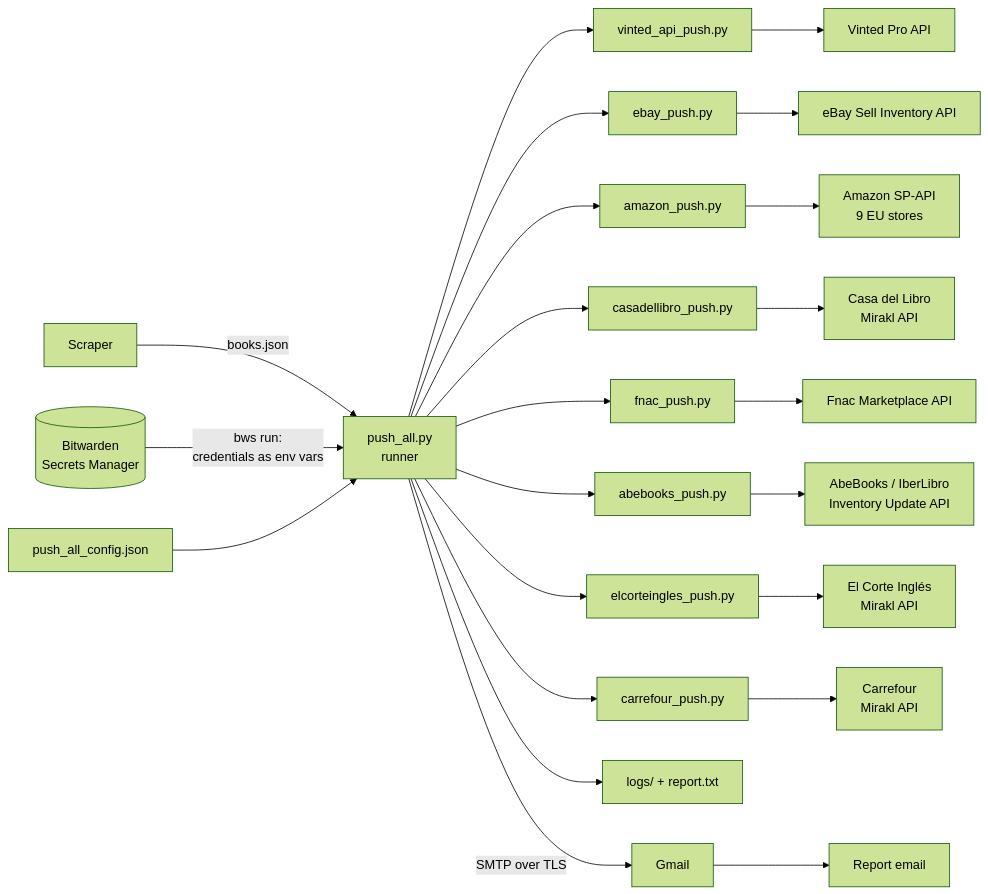
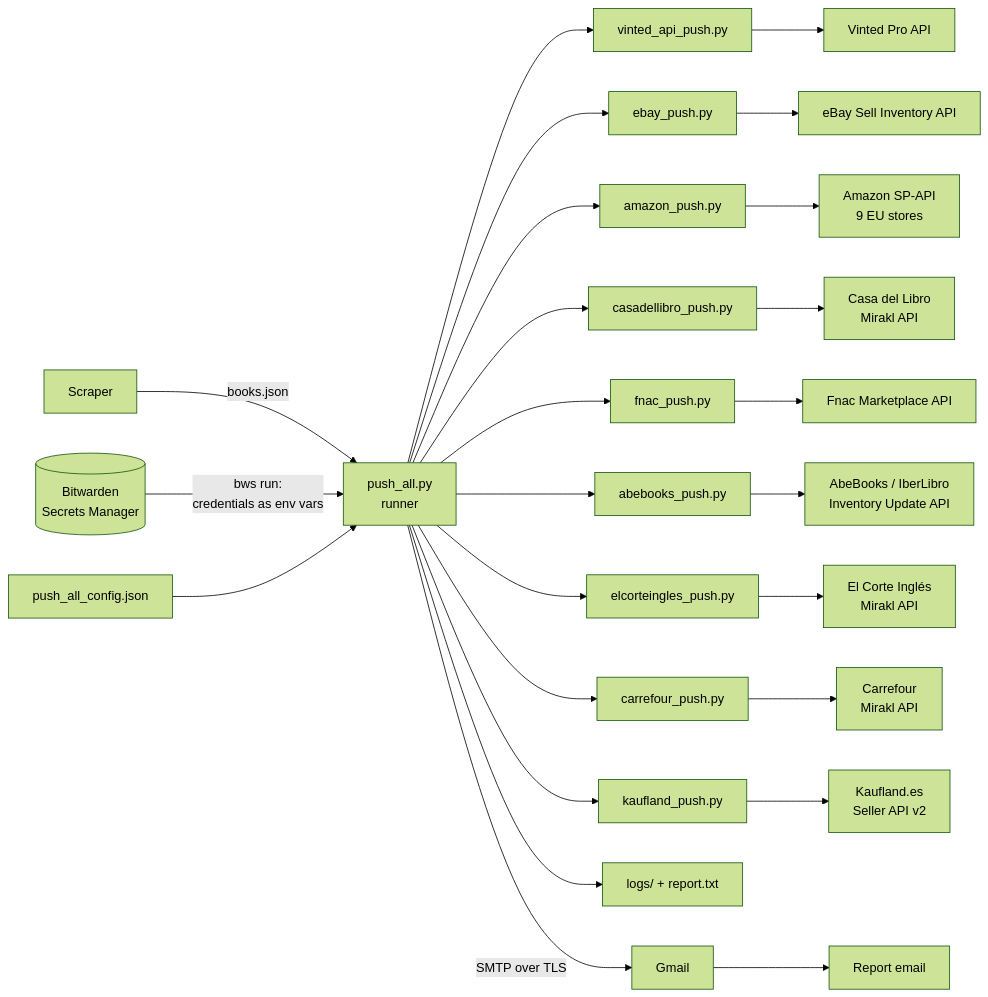
One commit to DavisGalla/products-api-push changed the diagram in docs/architecture.md. Above: the diagram before and after it, drawn with Mermaid (forest theme). The commit also changed other lines of this file and 10 other files, not shown here.

Commit message:
Add Kaufland.es pusher (Seller API v2); include it in push_all, docs and architecture PDF

````diff
--- a/docs/architecture.md
+++ b/docs/architecture.md
@@ -29,16 +29,17 @@
 ```mermaid
 flowchart LR
     S[Scraper] -->|books.json| R
     BW[(Bitwarden<br>Secrets Manager)] -->|bws run:<br>credentials as env vars| R
     C[push_all_config.json] --> R
     R[push_all.py<br>runner] --> V[vinted_api_push.py] --> VA[Vinted Pro API]
     R --> E[ebay_push.py] --> EA[eBay Sell Inventory API]
     R --> A[amazon_push.py] --> AA[Amazon SP-API<br>9 EU stores]
     R --> CL[casadellibro_push.py] --> CLA[Casa del Libro<br>Mirakl API]
     R --> F[fnac_push.py] --> FA[Fnac Marketplace API]
     R --> AB[abebooks_push.py] --> ABA[AbeBooks / IberLibro<br>Inventory Update API]
     R --> EC[elcorteingles_push.py] --> ECA[El Corte Inglés<br>Mirakl API]
     R --> CF[carrefour_push.py] --> CFA[Carrefour<br>Mirakl API]
+    R --> K[kaufland_push.py] --> KA[Kaufland.es<br>Seller API v2]
     R --> L[logs/ + report.txt]
     R -->|SMTP over TLS| G[Gmail] --> M[Report email]
 ```
````
